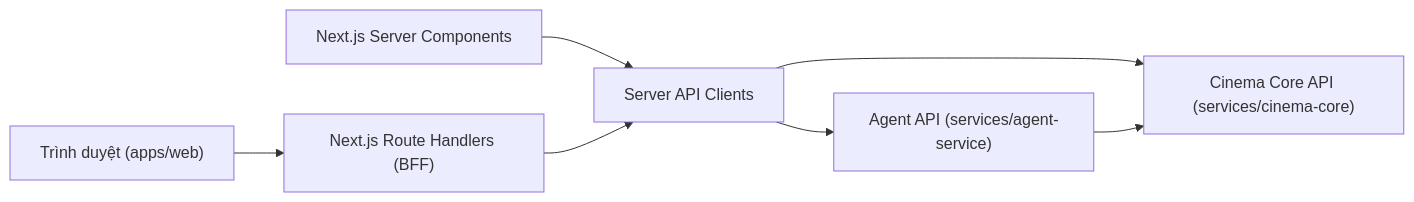
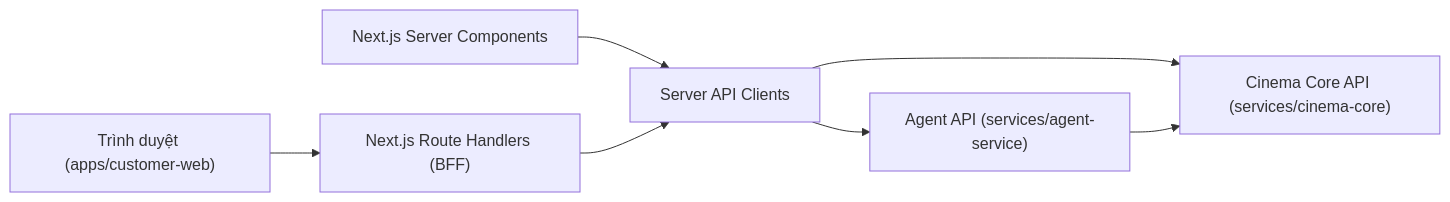
The diagram in docs/02-architecture/frontend-architecture.md (NhiBuaa/movie-booking-agent), drawn with Mermaid before and after one commit. The commit also changed other lines of this file and 330 other files, not shown here.

Commit message:
refactor: separate customer and organizer apps with product context and tooling

````diff
--- a/docs/02-architecture/frontend-architecture.md
+++ b/docs/02-architecture/frontend-architecture.md
@@ -17,9 +21,9 @@
 ```mermaid
 flowchart LR
-    Browser["Trình duyệt (apps/web)"] --> BFF["Next.js Route Handlers (BFF)"]
+    Browser["Trình duyệt (apps/customer-web)"] --> BFF["Next.js Route Handlers (BFF)"]
     RSC["Next.js Server Components"] --> CLIENT["Server API Clients"]
     BFF --> CLIENT
     CLIENT --> CORE["Cinema Core API (services/cinema-core)"]
     CLIENT --> AGENT["Agent API (services/agent-service)"]
     AGENT --> CORE
 ```
````
